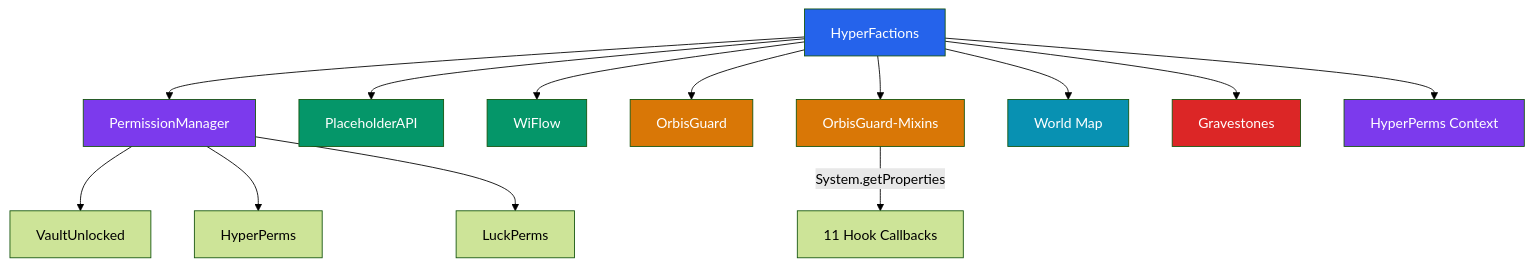
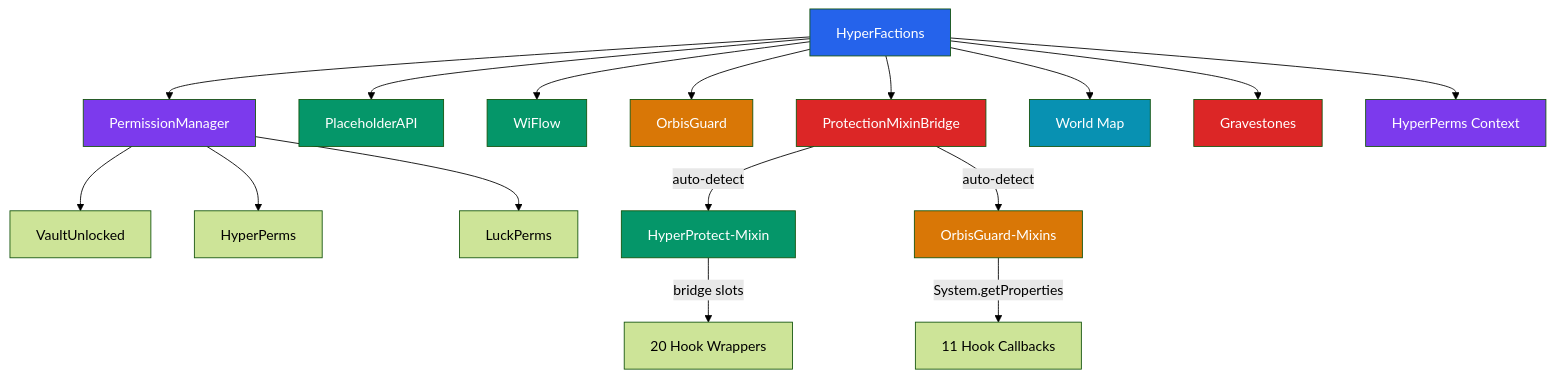
Before and after one commit to HyperSystems-Development/HyperFactions: the first of 2 diagrams in docs/integrations.md, drawn with Mermaid (forest theme). The commit also changed other lines of this file and 23 other files, not shown here.

````diff
--- a/docs/integrations.md
+++ b/docs/integrations.md
@@ -25,27 +27,32 @@
 ```mermaid
 graph TD
     HF[HyperFactions] --> PM[PermissionManager]
     HF --> PAPI[PlaceholderAPI]
     HF --> WF[WiFlow]
     HF --> OG[OrbisGuard]
-    HF --> OGM[OrbisGuard-Mixins]
+    HF --> PMB[ProtectionMixinBridge]
     HF --> WM[World Map]
     HF --> GS[Gravestones]
-    HF --> HP[HyperPerms Context]
+    HF --> HPC[HyperPerms Context]
 
     PM --> VU[VaultUnlocked]
     PM --> HPP[HyperPerms]
     PM --> LP[LuckPerms]
 
-    OGM -->|System.getProperties| Hooks[11 Hook Callbacks]
+    PMB -->|auto-detect| HPM[HyperProtect-Mixin]
+    PMB -->|auto-detect| OGM[OrbisGuard-Mixins]
+    HPM -->|bridge slots| HPHooks[20 Hook Wrappers]
+    OGM -->|System.getProperties| OGHooks[11 Hook Callbacks]
 
     style HF fill:#2563eb,color:#fff
     style PM fill:#7c3aed,color:#fff
     style PAPI fill:#059669,color:#fff
     style WF fill:#059669,color:#fff
     style OG fill:#d97706,color:#fff
+    style PMB fill:#dc2626,color:#fff
+    style HPM fill:#059669,color:#fff
     style OGM fill:#d97706,color:#fff
     style WM fill:#0891b2,color:#fff
     style GS fill:#dc2626,color:#fff
-    style HP fill:#7c3aed,color:#fff
+    style HPC fill:#7c3aed,color:#fff
 ```
````
